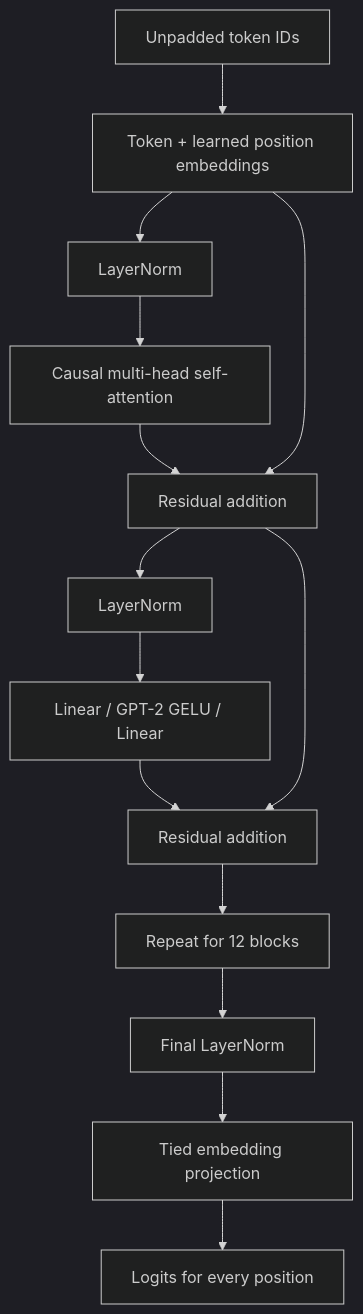
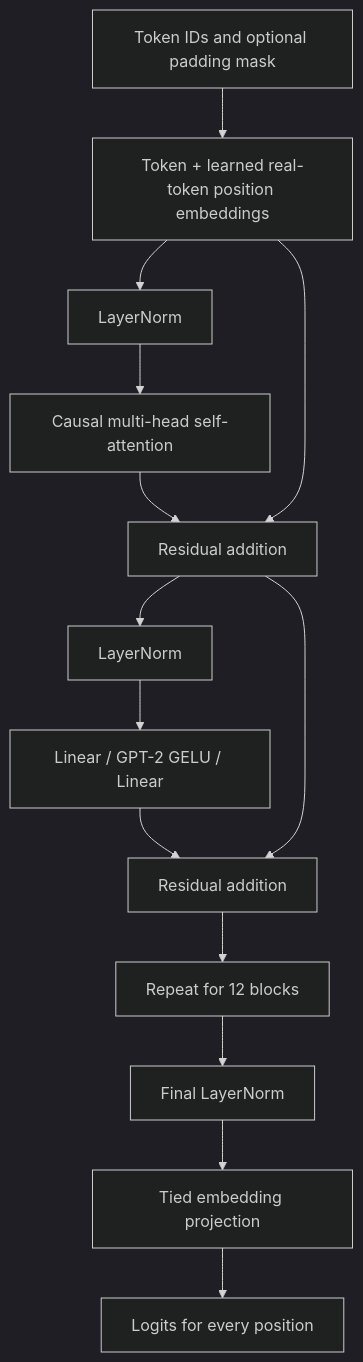
One commit to harshith49/mini-infer changed the first of 4 diagrams in docs/architecture.md. Above: the diagram before and after it, drawn with Mermaid (dark theme). The commit also changed other lines of this file and 3 other files, not shown here.

````diff
--- a/docs/architecture.md
+++ b/docs/architecture.md
@@ -5,16 +5,16 @@
 ```mermaid
 flowchart TD
-    IDs[Unpadded token IDs] --> Emb[Token + learned position embeddings]
+    IDs[Token IDs and optional padding mask] --> Emb[Token + learned real-token position embeddings]
     Emb --> LN1[LayerNorm]
     LN1 --> Attn[Causal multi-head self-attention]
     Attn --> R1[Residual addition]
     Emb --> R1
     R1 --> LN2[LayerNorm]
     LN2 --> MLP[Linear / GPT-2 GELU / Linear]
     MLP --> R2[Residual addition]
     R1 --> R2
     R2 --> Next[Repeat for 12 blocks]
     Next --> Final[Final LayerNorm]
     Final --> Head[Tied embedding projection]
     Head --> Logits[Logits for every position]
 ```
````
